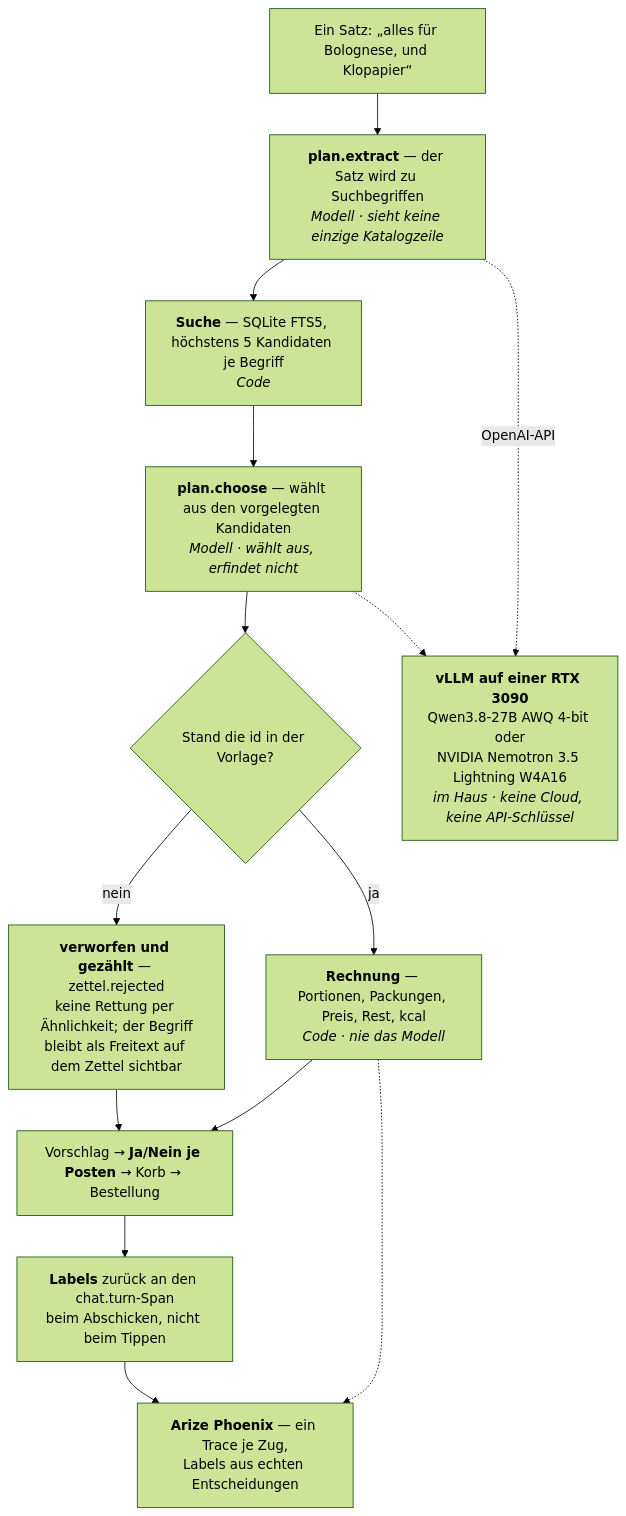
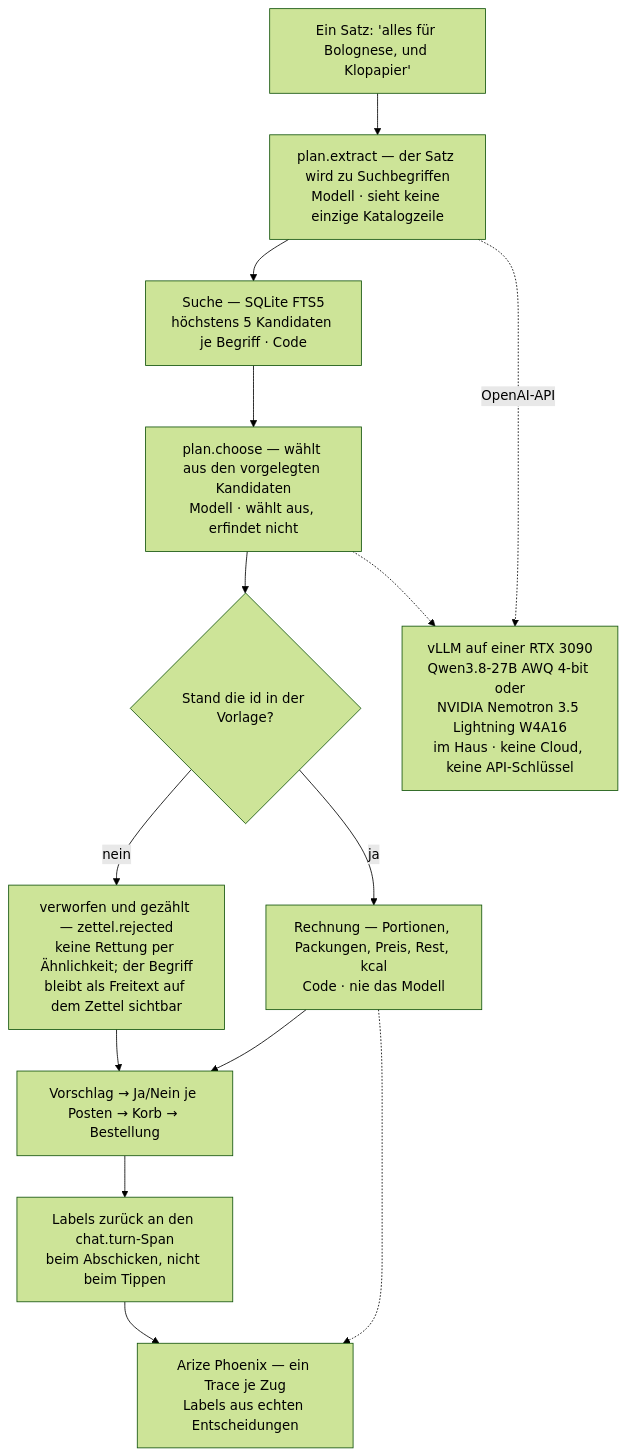
One commit to edrethardo/zettel changed the diagram in README.md. Above: the diagram before and after it, drawn with Mermaid (forest theme). The commit also changed 1 other file, not shown here.

Commit message:
Das Flussdiagramm ohne HTML-Auszeichnung — GitHub rendert Mermaid streng
`<b>` und `<i>` in den Knotenbeschriftungen kommen auf GitHub nicht als
Fettung heraus: der Renderer läuft dort mit abgeschalteten HTML-Labels und
zeigt die Tags als Text (oder verweigert das Diagramm). Jetzt tragen die
Knoten den Namen der Stufe am Anfang und „wer macht den Schritt" nach einem
Mittelpunkt — dieselbe Information, ohne Auszeichnung. `<br/>` bleibt: das
teilt Mermaid auch ohne HTML-Labels in Zeilen. Beide Fassungen, deutsch und
englisch.

Claude-Session: https://claude.ai/code/session_01E7ep29hEAWTR74DMxspbd8

````diff
--- a/README.md
+++ b/README.md
@@ -142,18 +142,18 @@
 ```mermaid
 flowchart TD
-    A["Ein Satz: „alles für Bolognese, und Klopapier“"] --> B
-    B["<b>plan.extract</b> — der Satz wird zu Suchbegriffen<br/><i>Modell · sieht keine einzige Katalogzeile</i>"] --> C
-    C["<b>Suche</b> — SQLite FTS5, höchstens 5 Kandidaten je Begriff<br/><i>Code</i>"] --> D
-    D["<b>plan.choose</b> — wählt aus den vorgelegten Kandidaten<br/><i>Modell · wählt aus, erfindet nicht</i>"] --> E
+    A["Ein Satz: 'alles für Bolognese, und Klopapier'"] --> B
+    B["plan.extract — der Satz wird zu Suchbegriffen<br/>Modell · sieht keine einzige Katalogzeile"] --> C
+    C["Suche — SQLite FTS5<br/>höchstens 5 Kandidaten je Begriff · Code"] --> D
+    D["plan.choose — wählt aus den vorgelegten Kandidaten<br/>Modell · wählt aus, erfindet nicht"] --> E
     E{"Stand die id in der Vorlage?"}
-    E -->|nein| F["<b>verworfen und gezählt</b> — zettel.rejected<br/>keine Rettung per Ähnlichkeit; der Begriff<br/>bleibt als Freitext auf dem Zettel sichtbar"]
-    E -->|ja| G["<b>Rechnung</b> — Portionen, Packungen, Preis, Rest, kcal<br/><i>Code · nie das Modell</i>"]
-    G --> H["Vorschlag → <b>Ja/Nein je Posten</b> → Korb → Bestellung"]
+    E -->|nein| F["verworfen und gezählt — zettel.rejected<br/>keine Rettung per Ähnlichkeit; der Begriff<br/>bleibt als Freitext auf dem Zettel sichtbar"]
+    E -->|ja| G["Rechnung — Portionen, Packungen, Preis, Rest, kcal<br/>Code · nie das Modell"]
+    G --> H["Vorschlag → Ja/Nein je Posten → Korb → Bestellung"]
     F --> H
-    H --> I["<b>Labels</b> zurück an den chat.turn-Span<br/>beim Abschicken, nicht beim Tippen"]
+    H --> I["Labels zurück an den chat.turn-Span<br/>beim Abschicken, nicht beim Tippen"]
     B -.->|OpenAI-API| BOX
     D -.-> BOX
-    BOX["<b>vLLM auf einer RTX 3090</b><br/>Qwen3.8-27B AWQ 4-bit oder<br/>NVIDIA Nemotron 3.5 Lightning W4A16<br/><i>im Haus · keine Cloud, keine API-Schlüssel</i>"]
-    I --> PHX["<b>Arize Phoenix</b> — ein Trace je Zug,<br/>Labels aus echten Entscheidungen"]
+    BOX["vLLM auf einer RTX 3090<br/>Qwen3.8-27B AWQ 4-bit oder<br/>NVIDIA Nemotron 3.5 Lightning W4A16<br/>im Haus · keine Cloud, keine API-Schlüssel"]
+    I --> PHX["Arize Phoenix — ein Trace je Zug<br/>Labels aus echten Entscheidungen"]
     G -.-> PHX
 ```
````
